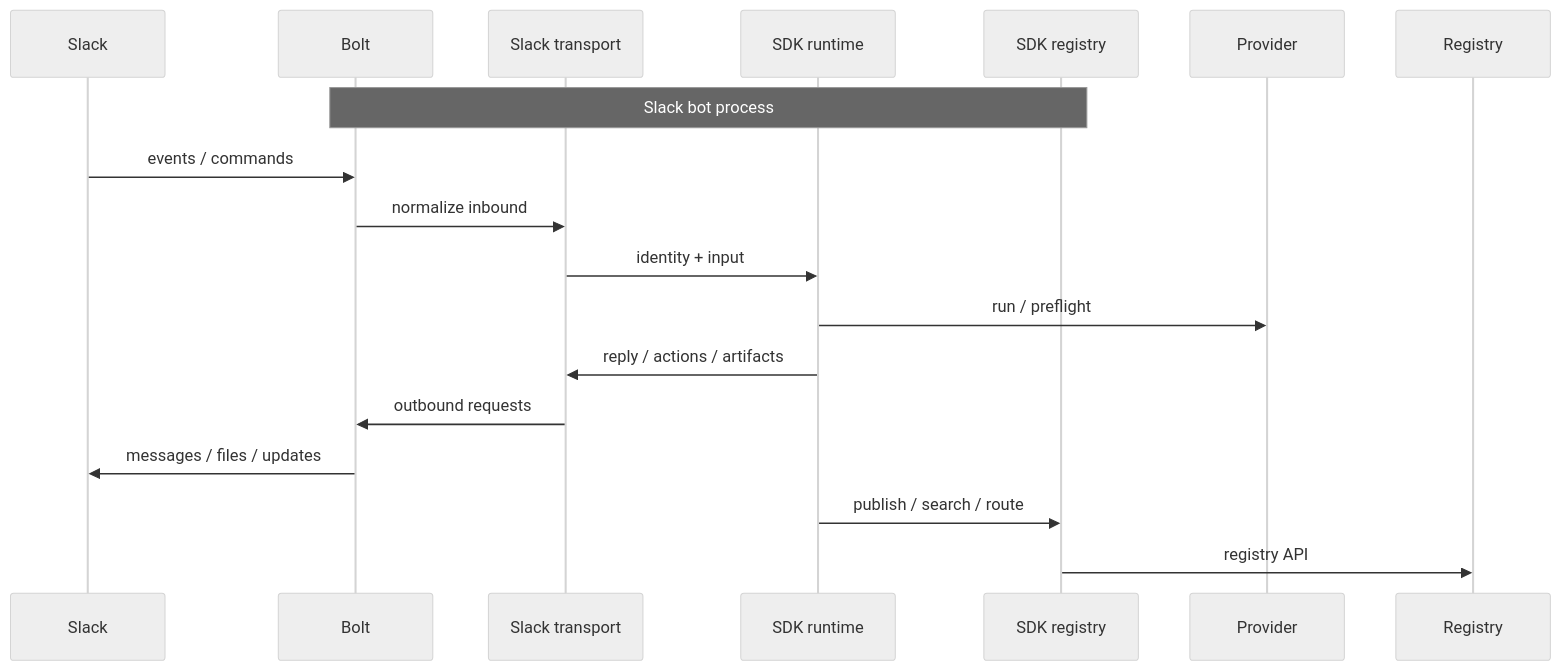
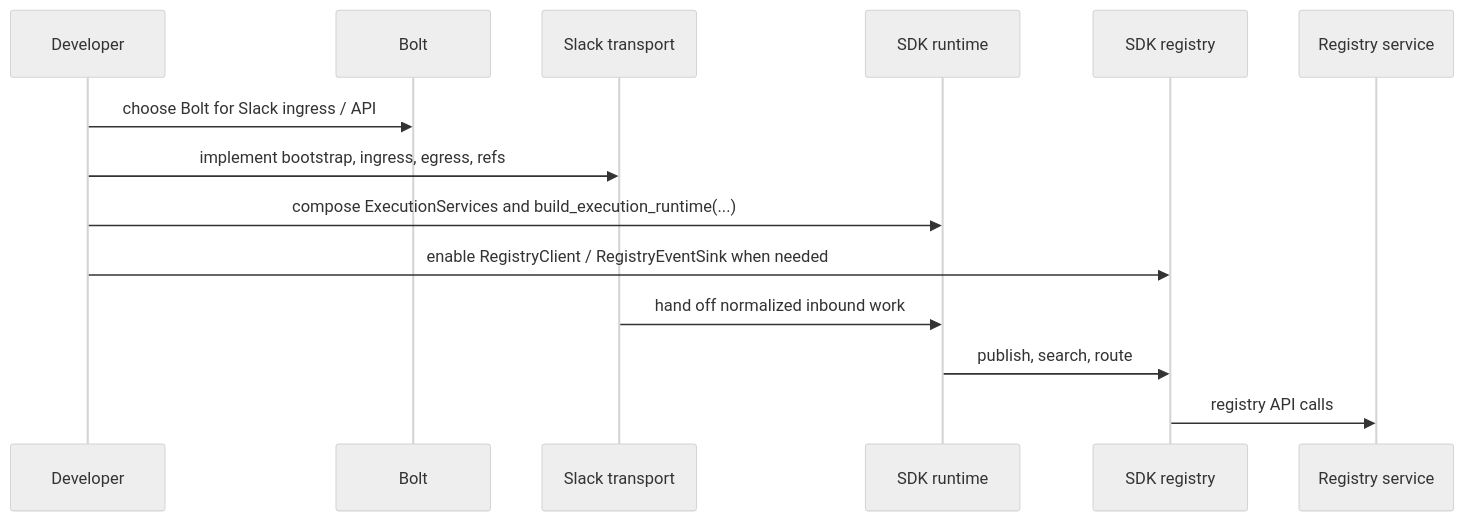
The fourth of 7 diagrams in ARCHITECTURE.md (privacynow/octopus), drawn with Mermaid (neutral theme) before and after one commit. The commit also changed other lines of this file, not shown here.

Commit message:
arch update

````diff
--- a/ARCHITECTURE.md
+++ b/ARCHITECTURE.md
@@ -194,21 +236,17 @@
 ```mermaid
 sequenceDiagram
-    participant S as Slack
-    participant B as Bolt
-    participant T as Slack transport
-    participant X as SDK runtime
-    participant C as SDK registry
-    participant P as Provider
-    participant R as Registry
+    participant Dev as Developer
+    participant Bolt as Bolt
+    participant Transport as Slack transport
+    participant Runtime as SDK runtime
+    participant RegistrySdk as SDK registry
+    participant Registry as Registry service
 
-    Note over B,C: Slack bot process
-    S->>B: events / commands
-    B->>T: normalize inbound
-    T->>X: identity + input
-    X->>P: run / preflight
-    X->>T: reply / actions / artifacts
-    T->>B: outbound requests
-    B->>S: messages / files / updates
-    X->>C: publish / search / route
-    C->>R: registry API
+    Dev->>Bolt: choose Bolt for Slack ingress / API
+    Dev->>Transport: implement bootstrap, ingress, egress, refs
+    Dev->>Runtime: compose ExecutionServices and build_execution_runtime(...)
+    Dev->>RegistrySdk: enable RegistryClient / RegistryEventSink when needed
+    Transport->>Runtime: hand off normalized inbound work
+    Runtime->>RegistrySdk: publish, search, route
+    RegistrySdk->>Registry: registry API calls
 ```
````
